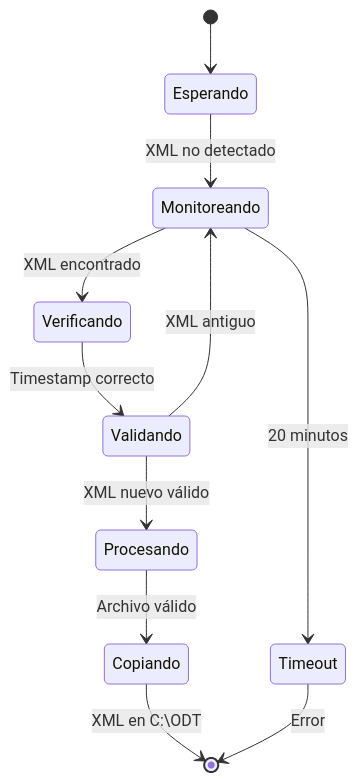
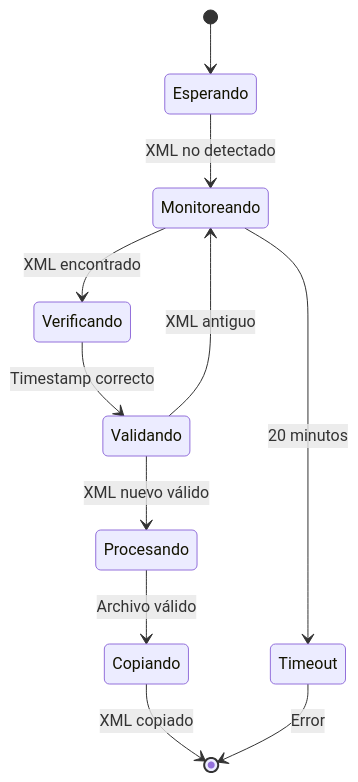
The second of 9 diagrams in README.md (4h1g4L0w4/Office-Deployment-Tool), drawn with Mermaid before and after one commit. The commit also changed other lines of this file, not shown here.

````diff
--- a/README.md
+++ b/README.md
@@ -88,13 +88,13 @@
 ```mermaid
 stateDiagram-v2
     [*] --> Esperando
     Esperando --> Monitoreando: XML no detectado
     Monitoreando --> Verificando: XML encontrado
     Verificando --> Validando: Timestamp correcto
     Validando --> Procesando: XML nuevo válido
     Validando --> Monitoreando: XML antiguo
     Procesando --> Copiando: Archivo válido
-    Copiando --> [*]: XML en C:\ODT
+    Copiando --> [*]: XML copiado
     Monitoreando --> Timeout: 20 minutos
     Timeout --> [*]: Error
 ```
````
